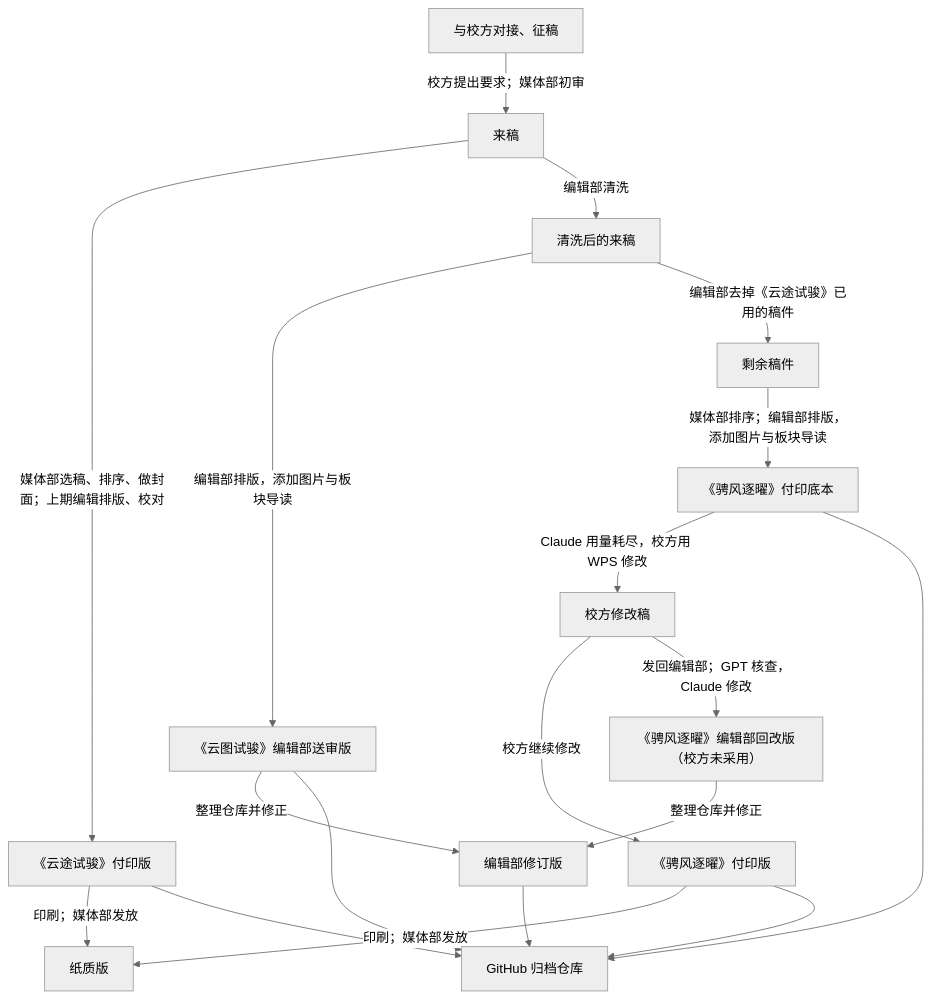
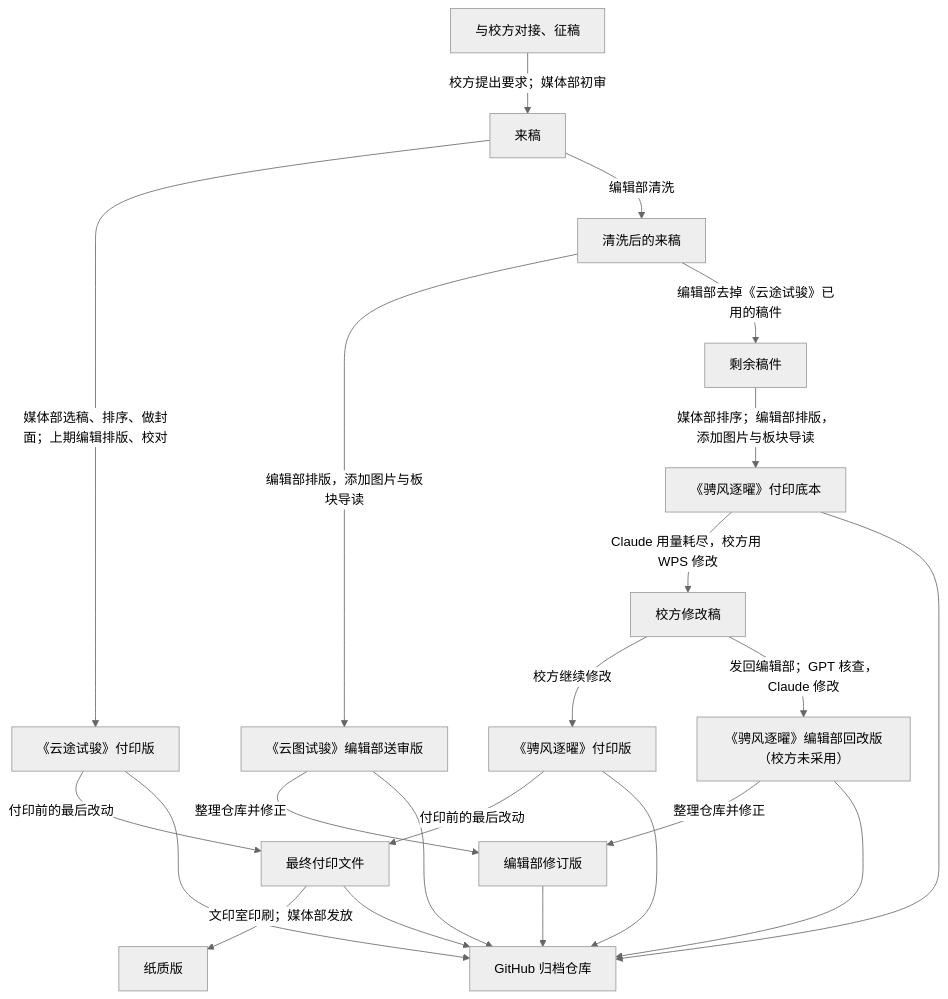
Before and after one commit to Yinzhou-High-School-Campus-Journal/Sports-Day-Issues-2026: the diagram in README.md, drawn with Mermaid (neutral theme). The commit also changed other lines of this file and 8 other files, not shown here.

````diff
--- a/README.md
+++ b/README.md
@@ -24,19 +40,20 @@
 ```mermaid
 flowchart TD
     S["与校方对接、征稿"] -->|"校方提出要求；媒体部初审"| A["来稿"]
 
     A -->|"媒体部选稿、排序、做封面；上期编辑排版、校对"| B["《云途试骏》付印版"]
     A -->|"编辑部清洗"| C["清洗后的来稿"]
 
     C -->|"编辑部排版，添加图片与板块导读"| D["《云图试骏》编辑部送审版"]
     C -->|"编辑部去掉《云途试骏》已用的稿件"| E["剩余稿件"]
 
     E -->|"媒体部排序；编辑部排版，添加图片与板块导读"| F["《骋风逐曜》付印底本"]
     F -->|"Claude 用量耗尽，校方用 WPS 修改"| G1["校方修改稿"]
     G1 -->|"校方继续修改"| G["《骋风逐曜》付印版"]
     G1 -->|"发回编辑部；GPT 核查，Claude 修改"| K["《骋风逐曜》编辑部回改版（校方未采用）"]
 
-    B & G -->|"印刷；媒体部发放"| H["纸质版"]
+    B & G -->|"付印前的最后改动"| P["最终付印文件"]
+    P -->|"文印室印刷；媒体部发放"| H["纸质版"]
     D & K -->|"整理仓库并修正"| J["编辑部修订版"]
-    B & D & F & G & J --> I["GitHub 归档仓库"]
+    B & D & F & G & K & P & J --> I["GitHub 归档仓库"]
 ```
````
